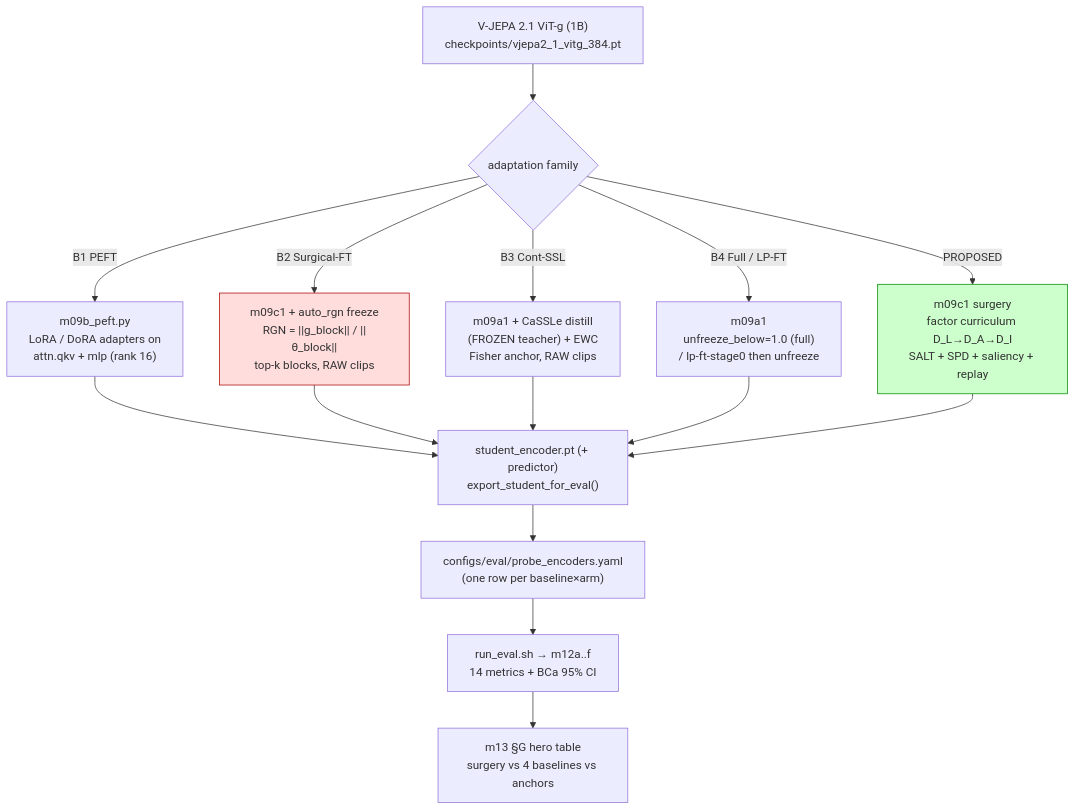
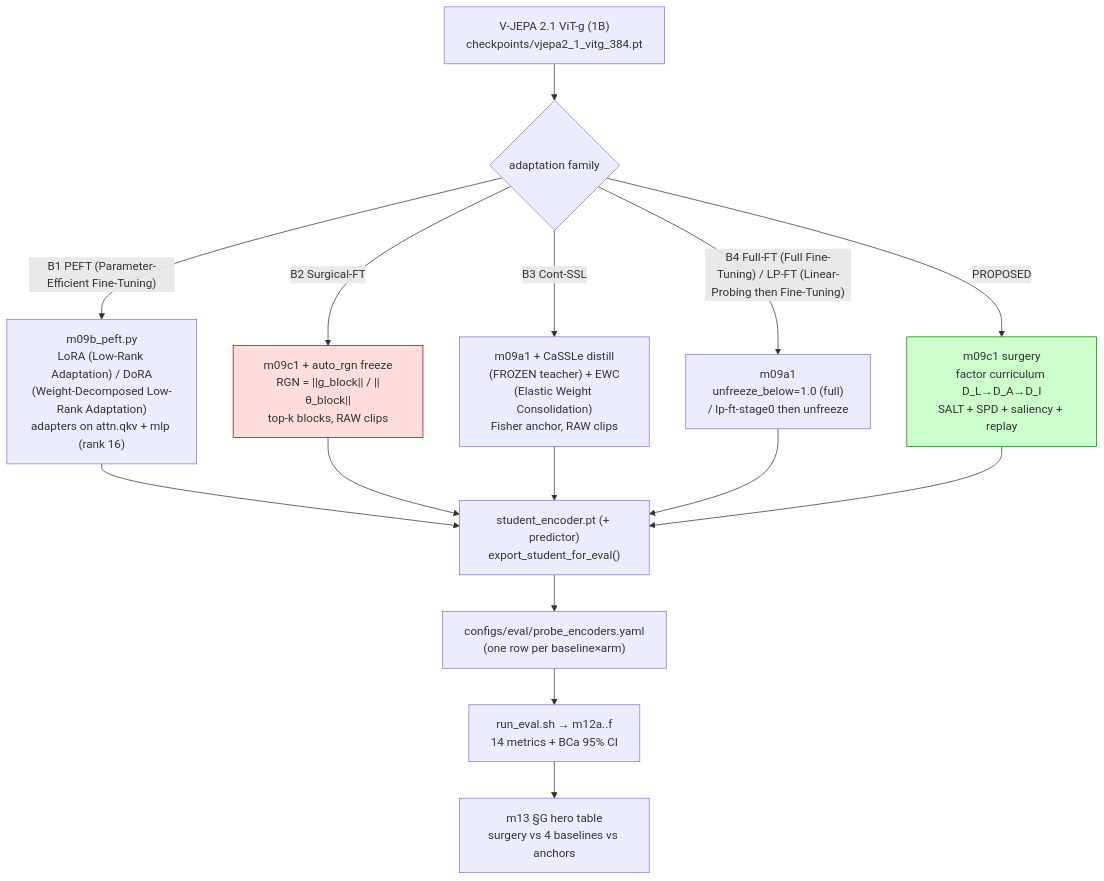
One commit to kapilw25/LLM_asAgent_3D_SR changed the second of 3 diagrams in iter/iter18_ablations_FTtechniues/plan_baselines.md. Above: the diagram before and after it, drawn with Mermaid. The commit also changed other lines of this file and 26 other files, not shown here.

````diff
--- a/iter/iter18_ablations_FTtechniues/plan_baselines.md
+++ b/iter/iter18_ablations_FTtechniues/plan_baselines.md
@@ -58,18 +194,18 @@
 ```mermaid
 flowchart TD
     CKPT["V-JEPA 2.1 ViT-g (1B)\ncheckpoints/vjepa2_1_vitg_384.pt"] --> SEL{adaptation family}
 
-    SEL -->|"B1 PEFT"| B1["m09b_peft.py\nLoRA / DoRA adapters on\nattn.qkv + mlp (rank 16)"]
+    SEL -->|"B1 PEFT (Parameter-Efficient Fine-Tuning)"| B1["m09b_peft.py\nLoRA (Low-Rank Adaptation) / DoRA\n(Weight-Decomposed Low-Rank Adaptation)\nadapters on attn.qkv + mlp (rank 16)"]
     SEL -->|"B2 Surgical-FT"| B2["m09c1 + auto_rgn freeze\nRGN = ||g_block|| / ||θ_block||\ntop-k blocks, RAW clips"]
-    SEL -->|"B3 Cont-SSL"| B3["m09a1 + CaSSLe distill\n(FROZEN teacher) + EWC\nFisher anchor, RAW clips"]
-    SEL -->|"B4 Full / LP-FT"| B4["m09a1\nunfreeze_below=1.0 (full)\n/ lp-ft-stage0 then unfreeze"]
+    SEL -->|"B3 Cont-SSL"| B3["m09a1 + CaSSLe distill\n(FROZEN teacher) + EWC\n(Elastic Weight Consolidation)\nFisher anchor, RAW clips"]
+    SEL -->|"B4 Full-FT (Full Fine-Tuning) / LP-FT (Linear-Probing then Fine-Tuning)"| B4["m09a1\nunfreeze_below=1.0 (full)\n/ lp-ft-stage0 then unfreeze"]
     SEL -->|"PROPOSED"| S["m09c1 surgery\nfactor curriculum D_L→D_A→D_I\nSALT + SPD + saliency + replay"]
 
     B1 & B2 & B3 & B4 & S --> EXP["student_encoder.pt (+ predictor)\nexport_student_for_eval()"]
     EXP --> REG["configs/eval/probe_encoders.yaml\n(one row per baseline×arm)"]
     REG --> EVAL["run_eval.sh → m12a..f\n14 metrics + BCa 95% CI"]
     EVAL --> HERO["m13 §G hero table\nsurgery vs 4 baselines vs anchors"]
 
     style S fill:#cfc,stroke:#080
     style B2 fill:#fdd,stroke:#a00
 ```
````
